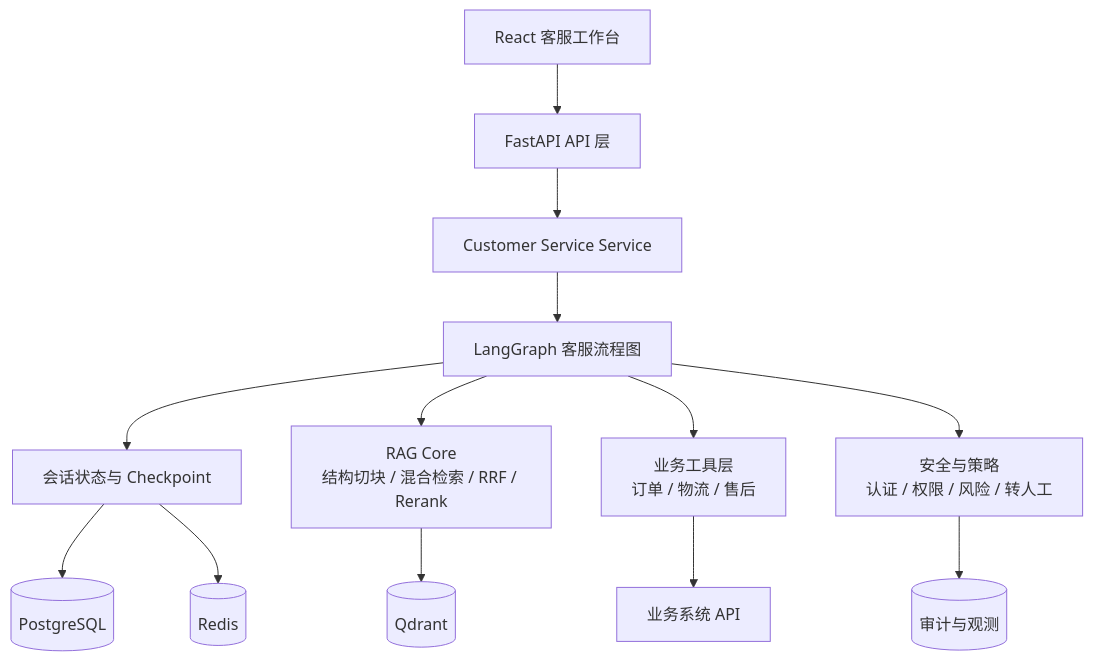
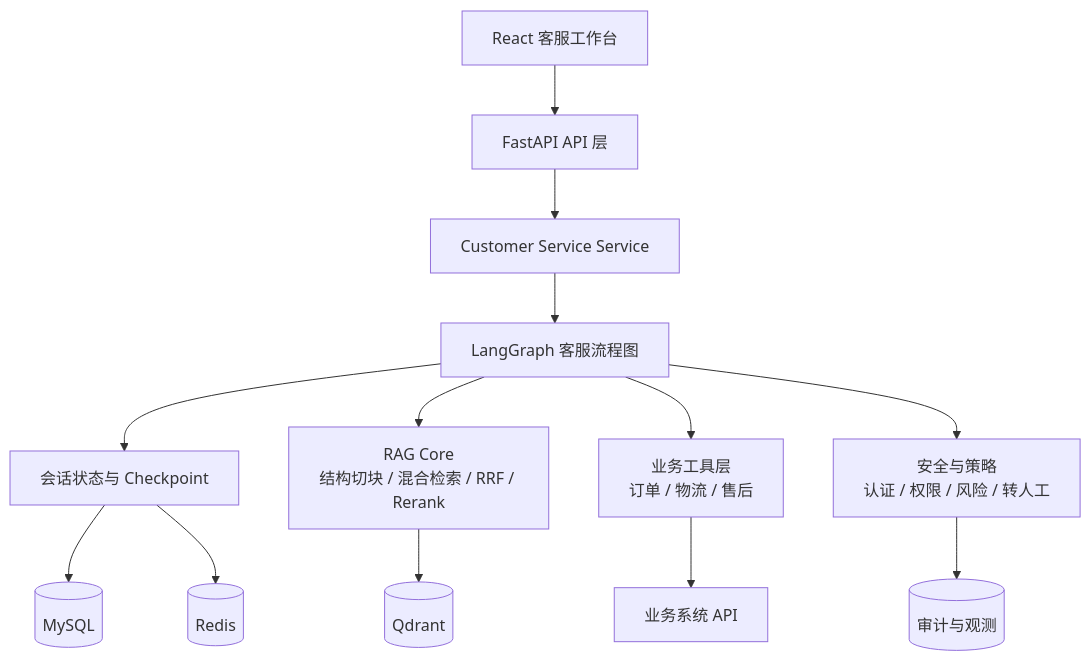
Before and after one commit to Zenquan/ai-service: the first of 4 diagrams in docs/customer-service-plan.md, drawn with Mermaid. The commit also changed other lines of this file, not shown here.

Commit message:
fix(docs): 将数据库类型从 PostgreSQL 更新为 MySQL，以保持与现有持久化层一致

````diff
--- a/docs/customer-service-plan.md
+++ b/docs/customer-service-plan.md
@@ -80,17 +80,17 @@
 ```mermaid
 flowchart TB
     UI["React 客服工作台"] --> API["FastAPI API 层"]
     API --> CS["Customer Service Service"]
     CS --> GRAPH["LangGraph 客服流程图"]
 
     GRAPH --> SESSION["会话状态与 Checkpoint"]
     GRAPH --> RAG["RAG Core\n结构切块 / 混合检索 / RRF / Rerank"]
     GRAPH --> TOOLS["业务工具层\n订单 / 物流 / 售后"]
     GRAPH --> GUARD["安全与策略\n认证 / 权限 / 风险 / 转人工"]
 
-    SESSION --> DB[("PostgreSQL")]
+    SESSION --> DB[("MySQL")]
     SESSION --> REDIS[("Redis")]
     RAG --> QDRANT[("Qdrant")]
     TOOLS --> BIZ["业务系统 API"]
     GUARD --> AUDIT[("审计与观测")]
 ```
````
